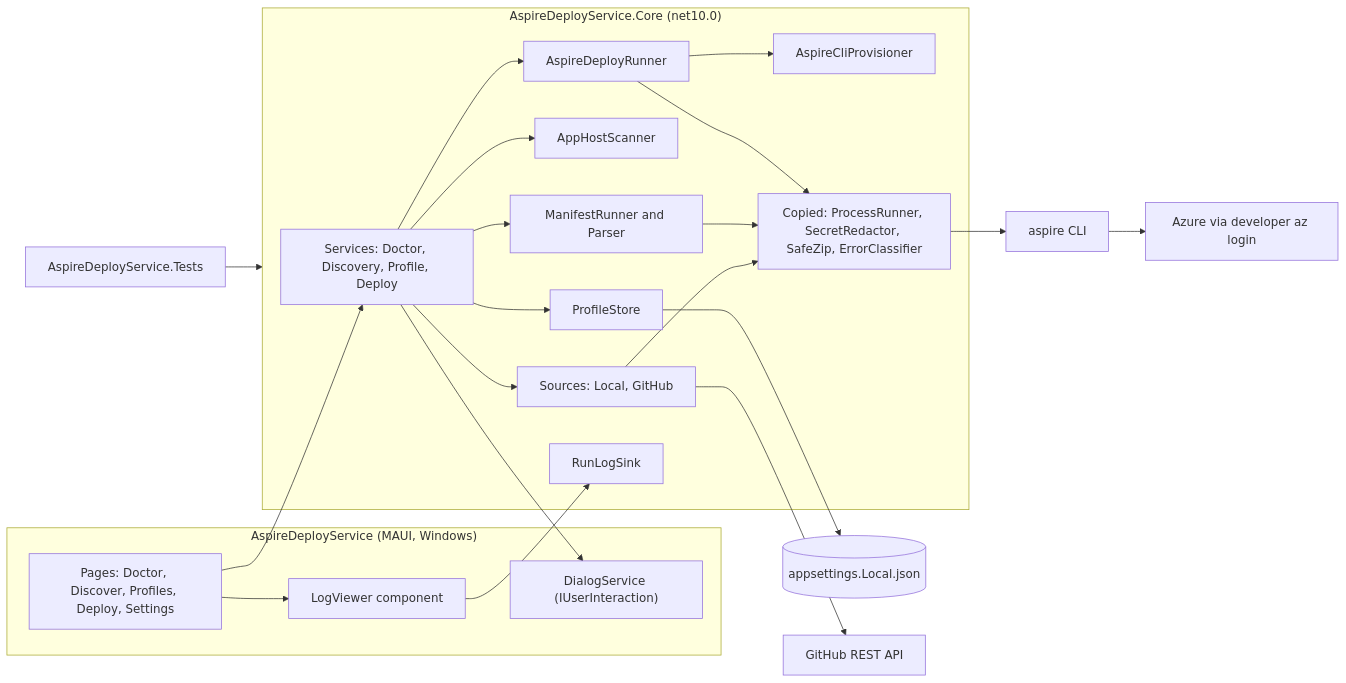
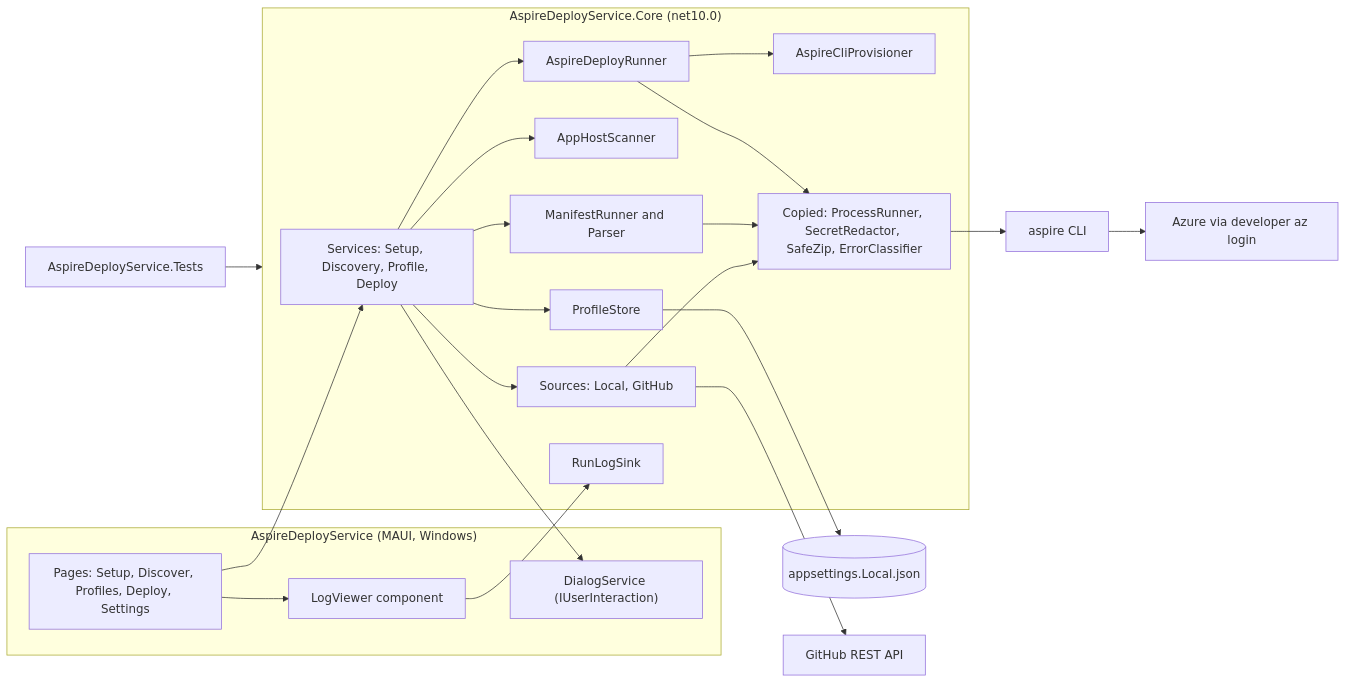
Before and after one commit to ADefWebserver/AspireDeployService: the first of 5 diagrams in docs/AspireDeployService-Implementation-Plan.md, drawn with Mermaid. The commit also changed other lines of this file and 83 other files, not shown here.

First line of the commit message:
Rename Doctor to Setup and add AI settings and AI Help

````diff
--- a/docs/AspireDeployService-Implementation-Plan.md
+++ b/docs/AspireDeployService-Implementation-Plan.md
@@ -126,42 +126,42 @@
 ```mermaid
 flowchart LR
     subgraph Ui["AspireDeployService (MAUI, Windows)"]
-        Pages["Pages: Doctor, Discover, Profiles, Deploy, Settings"]
+        Pages["Pages: Setup, Discover, Profiles, Deploy, Settings"]
         Viewer["LogViewer component"]
         Dialog["DialogService (IUserInteraction)"]
     end
     subgraph CoreLib["AspireDeployService.Core (net10.0)"]
-        Svc["Services: Doctor, Discovery, Profile, Deploy"]
+        Svc["Services: Setup, Discovery, Profile, Deploy"]
         Src["Sources: Local, GitHub"]
         Scan["AppHostScanner"]
         Man["ManifestRunner and Parser"]
         Store["ProfileStore"]
         Prov["AspireCliProvisioner"]
         Run["AspireDeployRunner"]
         Copied["Copied: ProcessRunner, SecretRedactor, SafeZip, ErrorClassifier"]
         Sink["RunLogSink"]
     end
     Tests["AspireDeployService.Tests"]
     Settings[("appsettings.Local.json")]
     Gh["GitHub REST API"]
     Aspire["aspire CLI"]
     Az["Azure via developer az login"]
     Pages --> Svc
     Pages --> Viewer
     Viewer --> Sink
     Svc --> Dialog
     Svc --> Src
     Svc --> Scan
     Svc --> Man
     Svc --> Store
     Svc --> Run
     Store --> Settings
     Src --> Gh
     Src --> Copied
     Man --> Copied
     Run --> Prov
     Run --> Copied
     Copied --> Aspire
     Aspire --> Az
     Tests --> CoreLib
 ```
````
